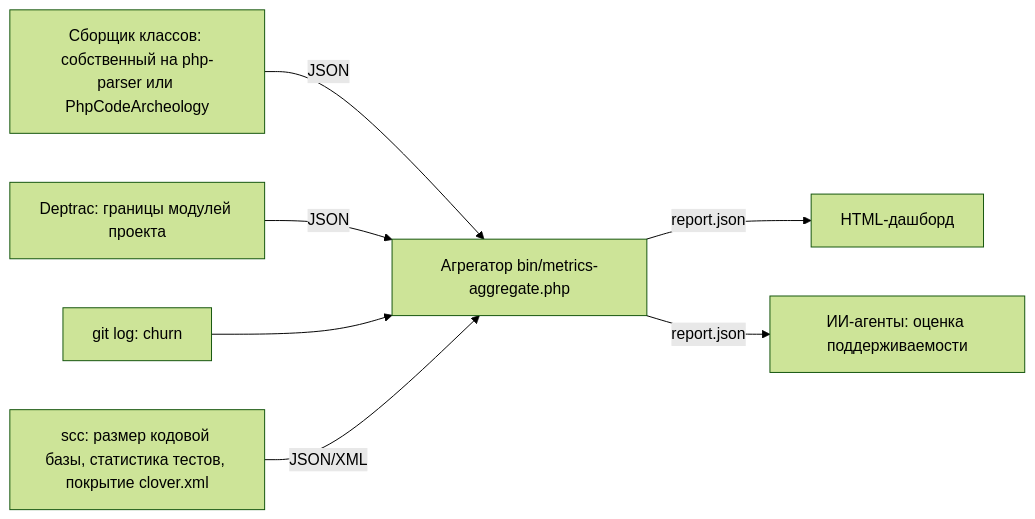
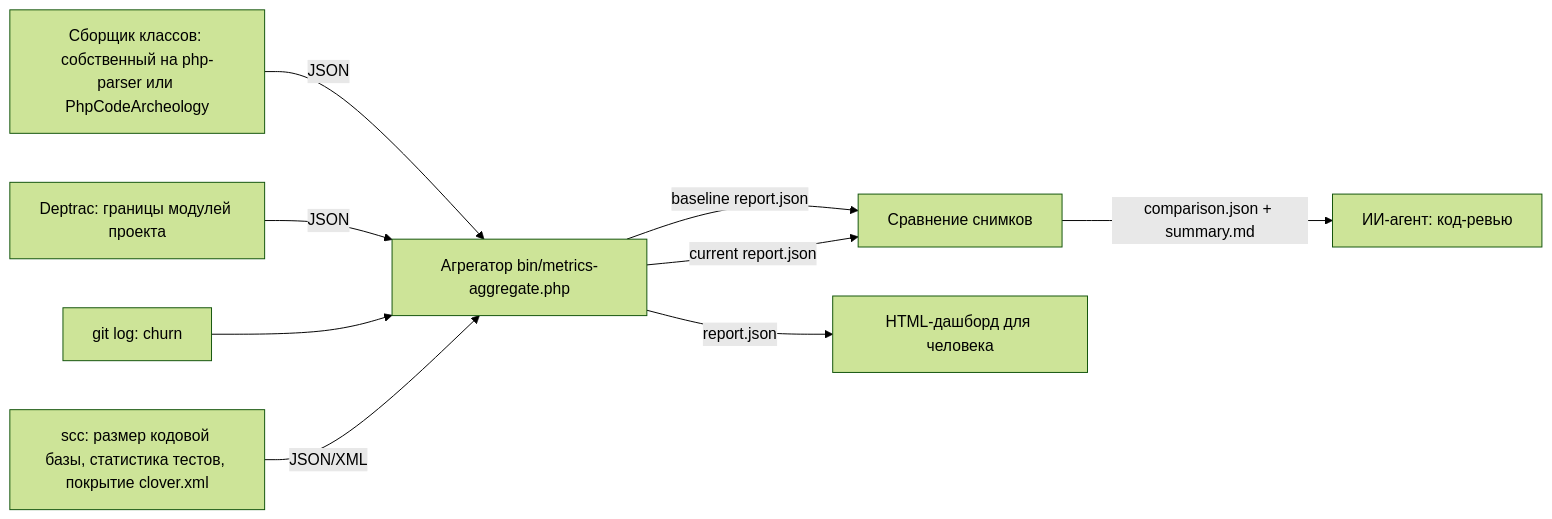
Before and after one commit to prikotov/coding-standard: the diagram in todo/EPIC-metrics-ai-maintainability.todo.md, drawn with Mermaid (forest theme). The commit also changed other lines of this file and 6 other files, not shown here.

````diff
--- a/todo/EPIC-metrics-ai-maintainability.todo.md
+++ b/todo/EPIC-metrics-ai-maintainability.todo.md
@@ -91,9 +98,11 @@
 ```mermaid
 flowchart LR
     A[Сборщик классов: собственный на php-parser или PhpCodeArcheology] -->|JSON| D
     B[Deptrac: границы модулей проекта] -->|JSON| D
     C[git log: churn] --> D
     S[scc: размер кодовой базы, статистика тестов, покрытие clover.xml] -->|JSON/XML| D
-    D[Агрегатор bin/metrics-aggregate.php] -->|report.json| E[HTML-дашборд]
-    D -->|report.json| F[ИИ-агенты: оценка поддерживаемости]
+    D[Агрегатор bin/metrics-aggregate.php] -->|baseline report.json| G[Сравнение снимков]
+    D -->|current report.json| G
+    G -->|comparison.json + summary.md| F[ИИ-агент: код-ревью]
+    D -->|report.json| E[HTML-дашборд для человека]
 ```
````
